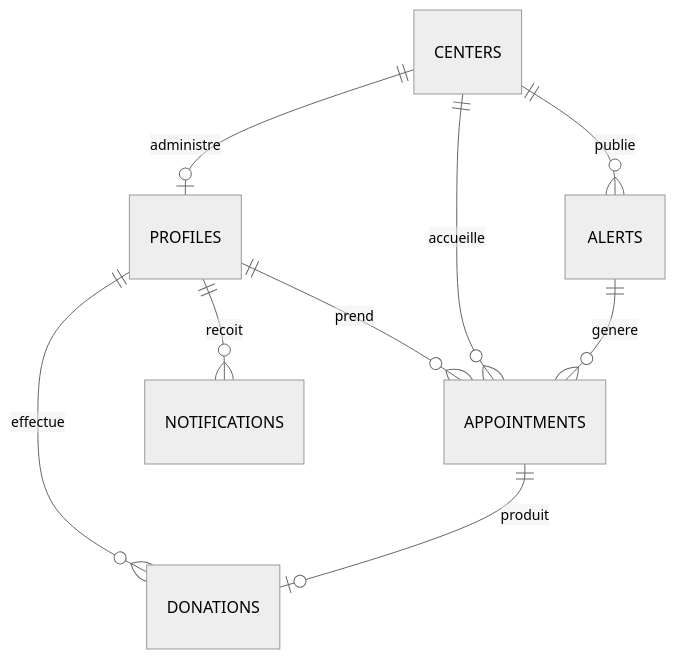
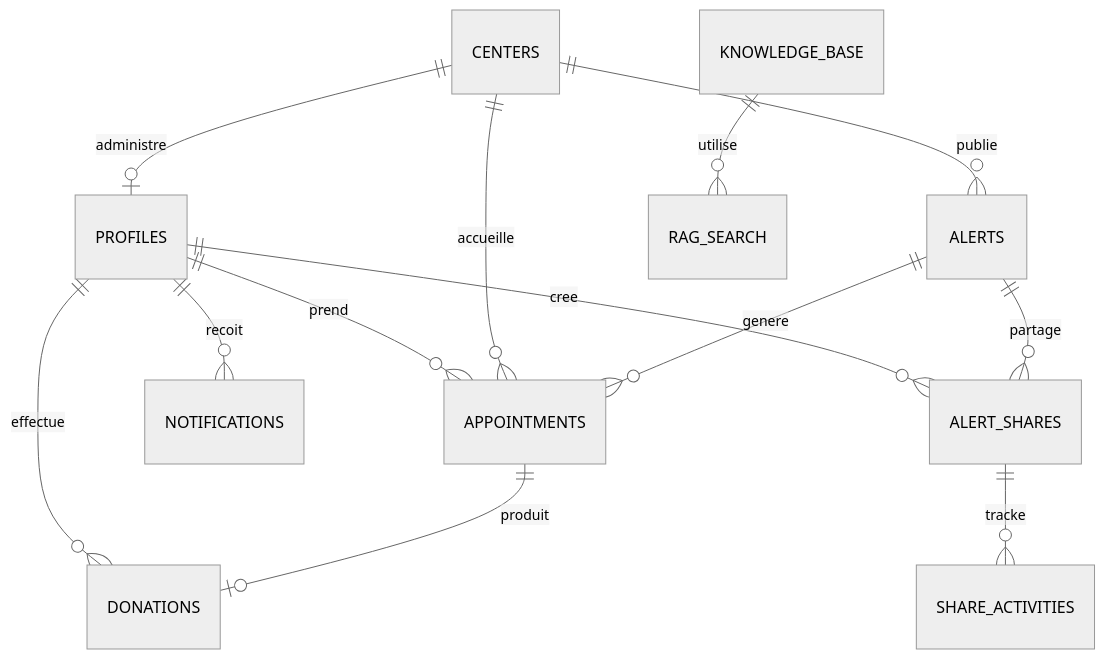
Before and after one commit to senmos26/bloodlink: the fourth of 5 diagrams in docs/CAHIER_DES_CHARGES_V2.md, drawn with Mermaid (neutral theme). The commit also changed other lines of this file and 22 other files, not shown here.

````diff
--- a/docs/CAHIER_DES_CHARGES_V2.md
+++ b/docs/CAHIER_DES_CHARGES_V2.md
@@ -391,11 +473,15 @@
 ```mermaid
 erDiagram
     PROFILES ||--o{ APPOINTMENTS : prend
     PROFILES ||--o{ DONATIONS : effectue
     PROFILES ||--o{ NOTIFICATIONS : recoit
+    PROFILES ||--o{ ALERT_SHARES : cree
     CENTERS ||--o| PROFILES : administre
     CENTERS ||--o{ ALERTS : publie
     CENTERS ||--o{ APPOINTMENTS : accueille
     ALERTS ||--o{ APPOINTMENTS : genere
+    ALERTS ||--o{ ALERT_SHARES : partage
+    ALERT_SHARES ||--o{ SHARE_ACTIVITIES : tracke
     APPOINTMENTS ||--o| DONATIONS : produit
+    KNOWLEDGE_BASE ||--o{ RAG_SEARCH : utilise
 ```
````
